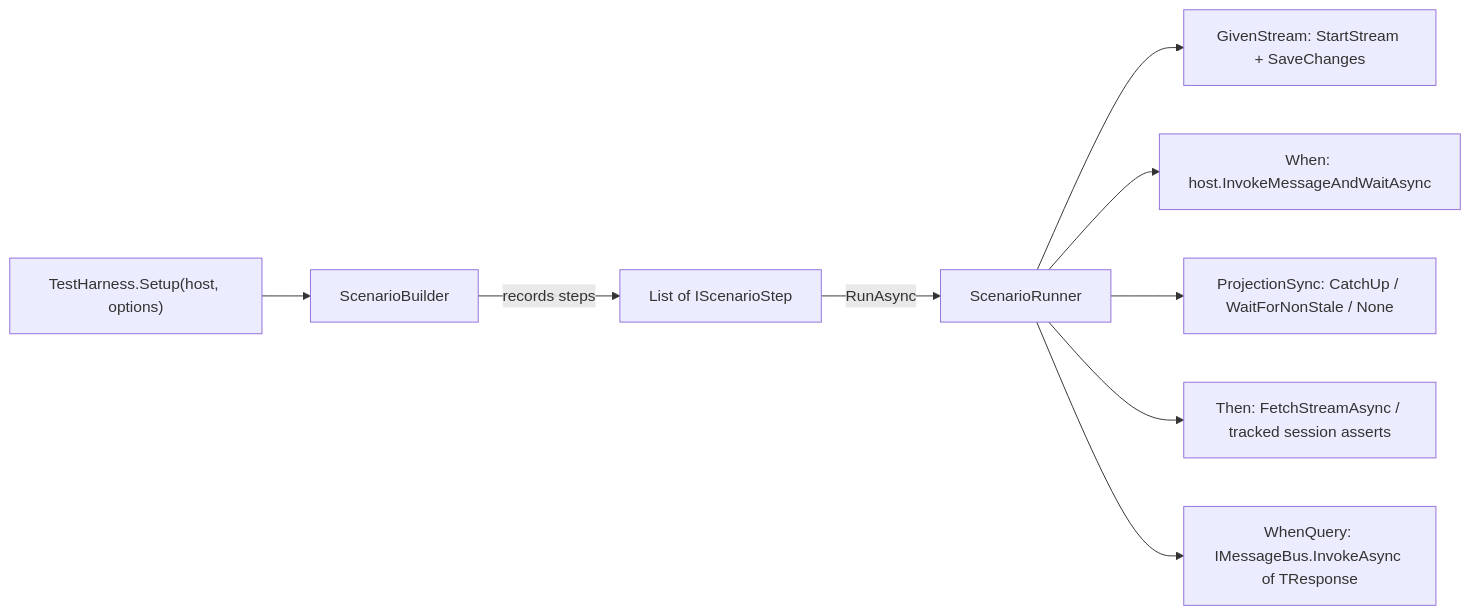
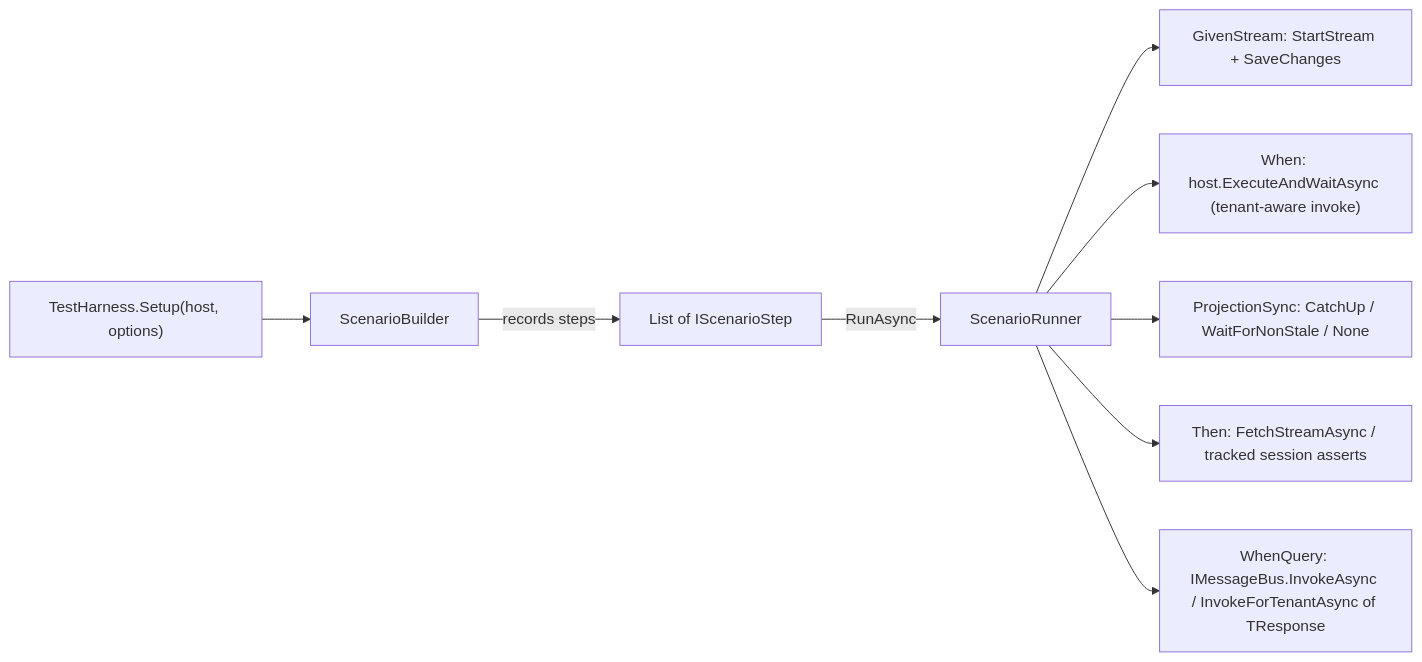
The first of 2 diagrams in initial-design.md (ryandanthony/critter-stack-fluent-test-harness), drawn with Mermaid before and after one commit. The commit also changed other lines of this file, not shown here.

Commit message:
design: single scenario tenant via IScenarioStart.ForTenant

````diff
--- a/initial-design.md
+++ b/initial-design.md
@@ -69,11 +69,11 @@
 ```mermaid
 flowchart LR
     Setup["TestHarness.Setup(host, options)"] --> Builder[ScenarioBuilder]
     Builder -->|records steps| Steps["List of IScenarioStep"]
     Steps -->|RunAsync| Exec[ScenarioRunner]
     Exec --> Given["GivenStream: StartStream + SaveChanges"]
-    Exec --> When["When: host.InvokeMessageAndWaitAsync"]
+    Exec --> When["When: host.ExecuteAndWaitAsync (tenant-aware invoke)"]
     Exec --> CatchUp["ProjectionSync: CatchUp / WaitForNonStale / None"]
     Exec --> Then["Then: FetchStreamAsync / tracked session asserts"]
-    Exec --> Query["WhenQuery: IMessageBus.InvokeAsync of TResponse"]
+    Exec --> Query["WhenQuery: IMessageBus.InvokeAsync / InvokeForTenantAsync of TResponse"]
 ```
````
